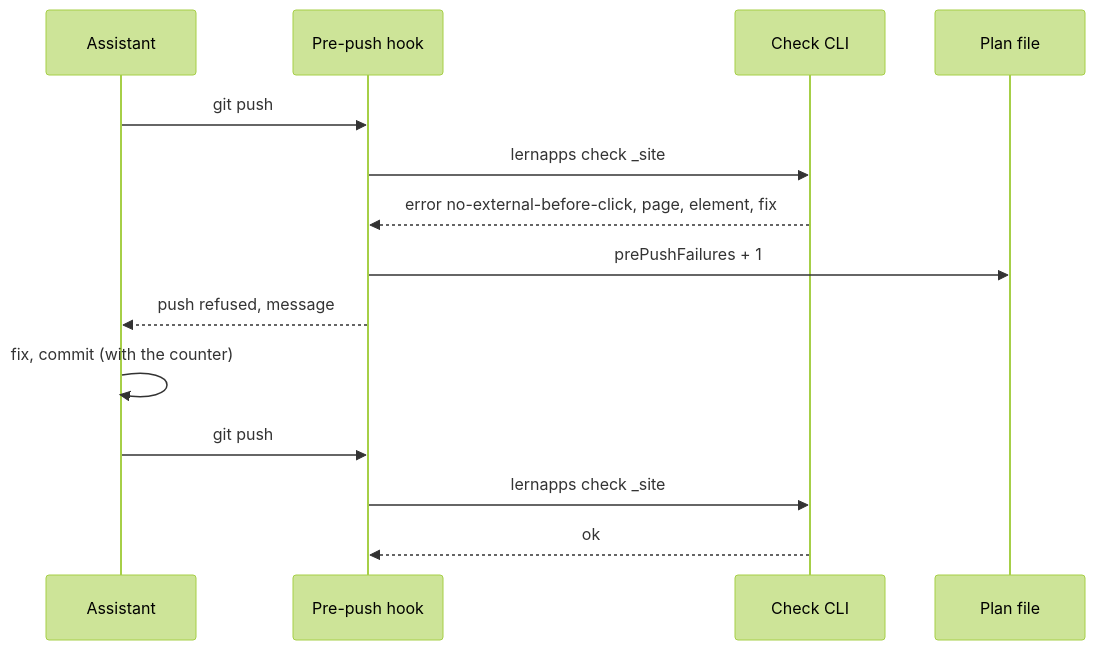
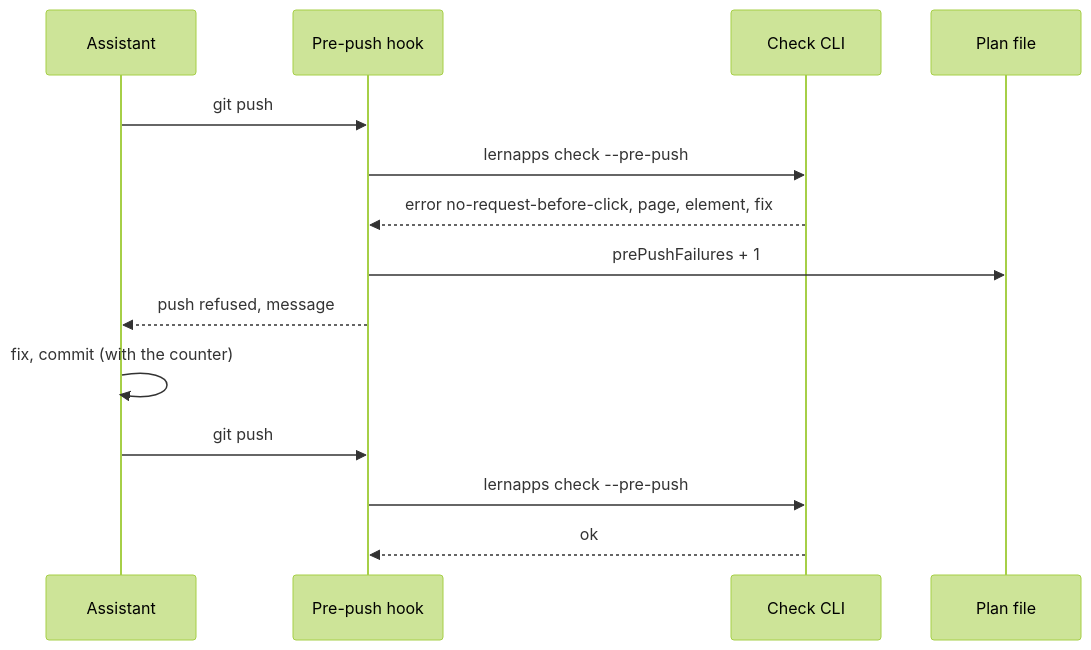
The second of 4 diagrams in docs/arc42/06-runtime-view.arc42.md (lernapps/tooling), drawn with Mermaid (forest theme) before and after one commit. The commit also changed other lines of this file and 13 other files, not shown here.

````diff
--- a/docs/arc42/06-runtime-view.arc42.md
+++ b/docs/arc42/06-runtime-view.arc42.md
@@ -81,16 +83,16 @@
 ```mermaid
 sequenceDiagram
     participant assistant as Assistant
     participant hooks as Pre-push hook
     participant check as Check CLI
     participant plan as Plan file
     assistant->>hooks: git push
-    hooks->>check: lernapps check _site
-    check-->>hooks: error no-external-before-click, page, element, fix
+    hooks->>check: lernapps check --pre-push
+    check-->>hooks: error no-request-before-click, page, element, fix
     hooks->>plan: prePushFailures + 1
     hooks-->>assistant: push refused, message
     assistant->>assistant: fix, commit (with the counter)
     assistant->>hooks: git push
-    hooks->>check: lernapps check _site
+    hooks->>check: lernapps check --pre-push
     check-->>hooks: ok
 ```
````
